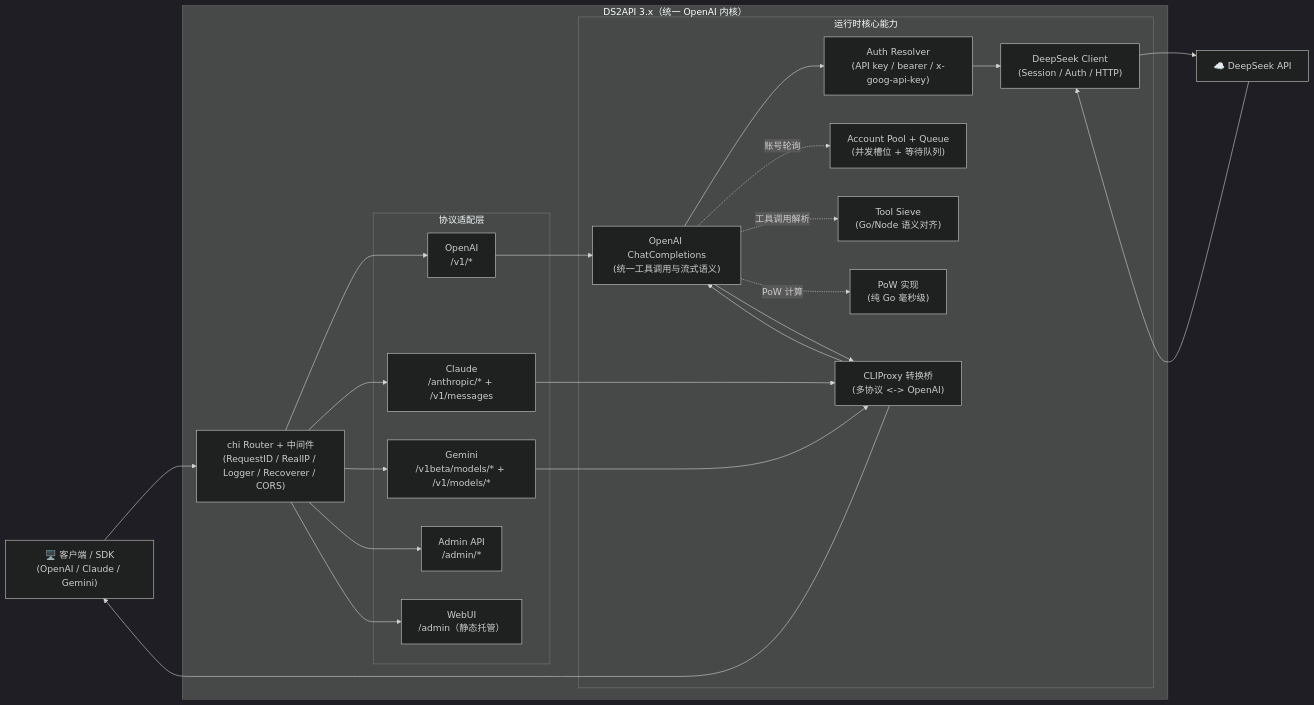
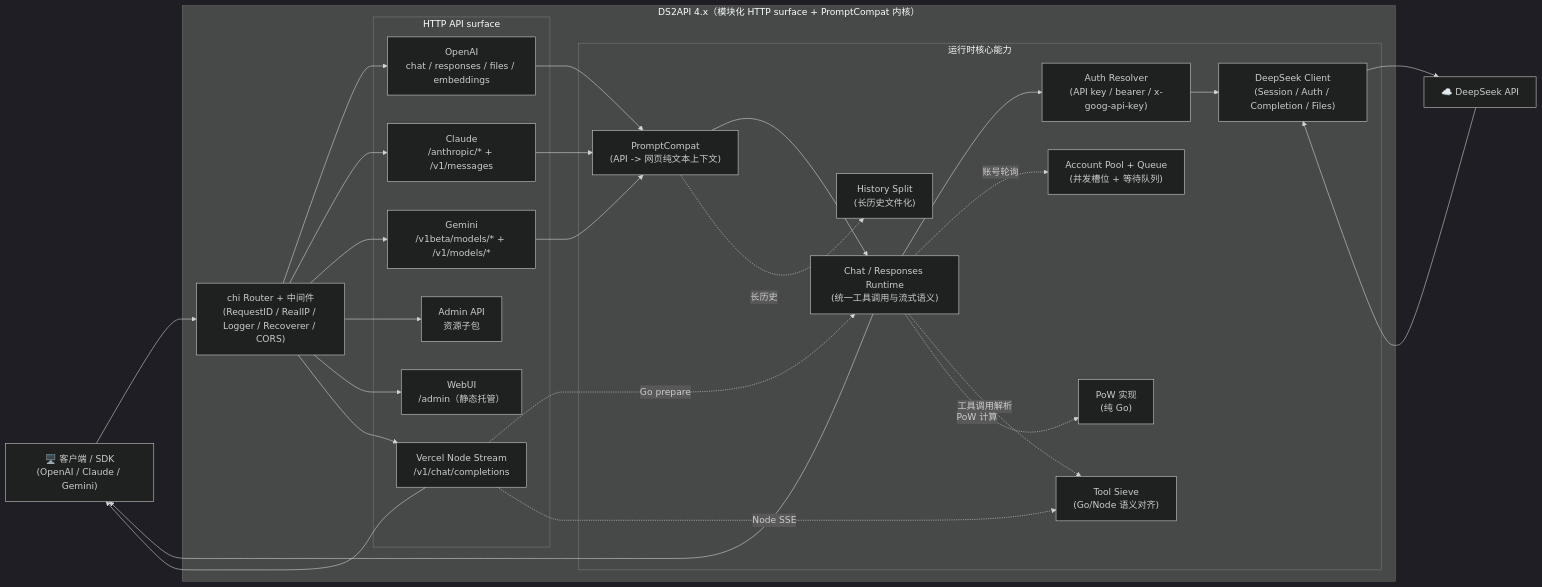
Before and after one commit to SZzyw/dsp: the diagram in README.MD, drawn with Mermaid (dark theme). The commit also changed 4 other files, not shown here.

Commit message:
docs: update architecture diagrams for 4.x

````diff
--- a/README.MD
+++ b/README.MD
@@ -33,45 +33,51 @@
 ```mermaid
 flowchart LR
     Client["🖥️ 客户端 / SDK\n(OpenAI / Claude / Gemini)"]
     Upstream["☁️ DeepSeek API"]
 
-    subgraph DS2API["DS2API 3.x（统一 OpenAI 内核）"]
+    subgraph DS2API["DS2API 4.x（模块化 HTTP surface + PromptCompat 内核）"]
         Router["chi Router + 中间件\n(RequestID / RealIP / Logger / Recoverer / CORS)"]
 
-        subgraph Adapters["协议适配层"]
-            OA["OpenAI\n/v1/*"]
+        subgraph HTTP["HTTP API surface"]
+            OA["OpenAI\nchat / responses / files / embeddings"]
             CA["Claude\n/anthropic/* + /v1/messages"]
             GA["Gemini\n/v1beta/models/* + /v1/models/*"]
-            Admin["Admin API\n/admin/*"]
+            Admin["Admin API\n资源子包"]
             WebUI["WebUI\n/admin（静态托管）"]
+            Vercel["Vercel Node Stream\n/v1/chat/completions"]
         end
 
         subgraph Runtime["运行时核心能力"]
-            Bridge["CLIProxy 转换桥\n(多协议 <-> OpenAI)"]
-            OAEngine["OpenAI ChatCompletions\n(统一工具调用与流式语义)"]
+            Compat["PromptCompat\n(API -> 网页纯文本上下文)"]
+            Chat["Chat / Responses Runtime\n(统一工具调用与流式语义)"]
             Auth["Auth Resolver\n(API key / bearer / x-goog-api-key)"]
             Pool["Account Pool + Queue\n(并发槽位 + 等待队列)"]
-            DSClient["DeepSeek Client\n(Session / Auth / HTTP)"]
-            Pow["PoW 实现\n(纯 Go 毫秒级)"]
+            DSClient["DeepSeek Client\n(Session / Auth / Completion / Files)"]
+            Pow["PoW 实现\n(纯 Go)"]
             Tool["Tool Sieve\n(Go/Node 语义对齐)"]
+            History["History Split\n(长历史文件化)"]
         end
     end
 
     Client --> Router
     Router --> OA & CA & GA
     Router --> Admin
     Router --> WebUI
+    Router --> Vercel
 
-    OA --> OAEngine
-    CA & GA --> Bridge
-    Bridge --> OAEngine
-    OAEngine --> Auth
-    OAEngine -.账号轮询.-> Pool
-    OAEngine -.工具调用解析.-> Tool
-    OAEngine -.PoW 计算.-> Pow
+    OA --> Compat
+    CA & GA --> Compat
+    Compat --> Chat
+    Compat -.长历史.-> History
+    Vercel -.Go prepare.-> Chat
+    Vercel -.Node SSE.-> Tool
+    Chat --> Auth
+    Chat -.账号轮询.-> Pool
+    Chat -.工具调用解析.-> Tool
+    Chat -.PoW 计算.-> Pow
     Auth --> DSClient
     DSClient --> Upstream
     Upstream --> DSClient
-    OAEngine --> Bridge
-    Bridge --> Client
+    Chat --> Client
+    Vercel --> Client
 ```
````
